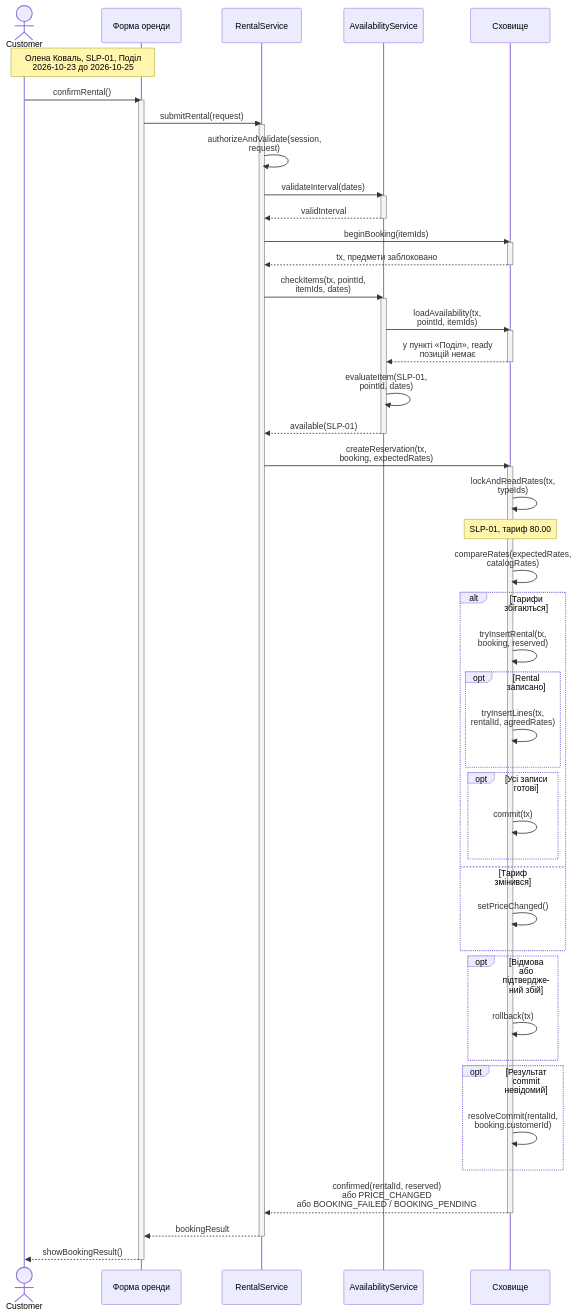
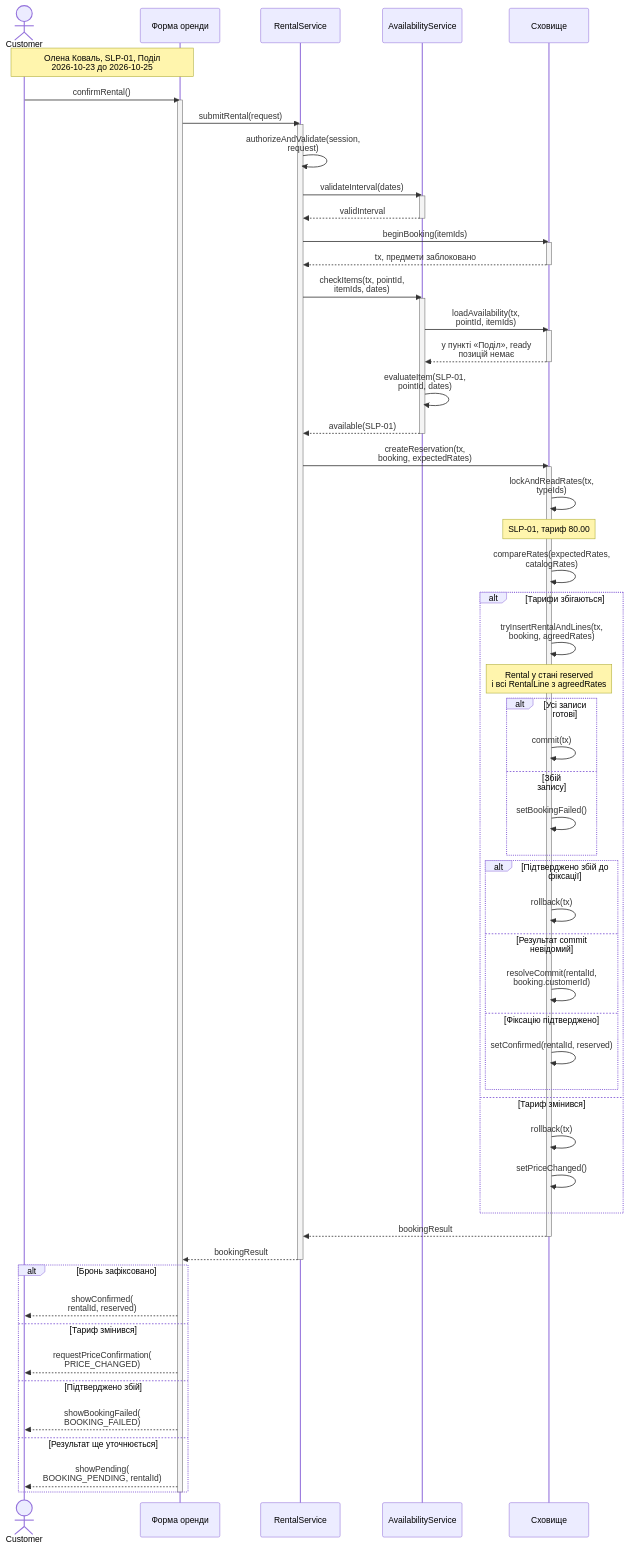
Before and after one commit to kirgafan/KPI_labs: the first of 6 diagrams in Labs/lab-3/model.md, drawn with Mermaid. The commit also changed other lines of this file and 3 other files, not shown here.

First line of the commit message:
refactor(lab-3): show booking outcomes with explicit alternatives

````diff
--- a/Labs/lab-3/model.md
+++ b/Labs/lab-3/model.md
@@ -19,59 +21,69 @@
 ```mermaid
 sequenceDiagram
     actor C as Customer
     participant U as Форма оренди
     participant R as RentalService
     participant A as AvailabilityService
     participant S as Сховище
     Note over C,U: Олена Коваль, SLP-01, Поділ<br/>2026-10-23 до 2026-10-25
     C->>U: confirmRental()
     activate U
     U->>R: submitRental(request)
     activate R
     R->>R: authorizeAndValidate(session,<br/>request)
     R->>A: validateInterval(dates)
     activate A
     A-->>R: validInterval
     deactivate A
     R->>S: beginBooking(itemIds)
     activate S
     S-->>R: tx, предмети заблоковано
     deactivate S
     R->>A: checkItems(tx, pointId,<br/>itemIds, dates)
     activate A
     A->>S: loadAvailability(tx,<br/>pointId, itemIds)
     activate S
     S-->>A: у пункті «Поділ», ready<br/>позицій немає
     deactivate S
     A->>A: evaluateItem(SLP-01,<br/>pointId, dates)
     A-->>R: available(SLP-01)
     deactivate A
     R->>S: createReservation(tx,<br/>booking, expectedRates)
     activate S
     S->>S: lockAndReadRates(tx,<br/>typeIds)
     Note over S: SLP-01, тариф 80.00
     S->>S: compareRates(expectedRates,<br/>catalogRates)
     alt Тарифи збігаються
-        S->>S: tryInsertRental(tx,<br/>booking, reserved)
-        opt Rental записано
-            S->>S: tryInsertLines(tx,<br/>rentalId, agreedRates)
+        S->>S: tryInsertRentalAndLines(tx,<br/>booking, agreedRates)
+        Note over S: Rental у стані reserved<br/>і всі RentalLine з agreedRates
+        alt Усі записи готові
+            S->>S: commit(tx)
+        else Збій запису
+            S->>S: setBookingFailed()
         end
-        opt Усі записи готові
-            S->>S: commit(tx)
+        alt Підтверджено збій до фіксації
+            S->>S: rollback(tx)
+        else Результат commit невідомий
+            S->>S: resolveCommit(rentalId,<br/>booking.customerId)
+        else Фіксацію підтверджено
+            S->>S: setConfirmed(rentalId, reserved)
         end
     else Тариф змінився
+        S->>S: rollback(tx)
         S->>S: setPriceChanged()
     end
-    opt Відмова або підтверджений збій
-        S->>S: rollback(tx)
-    end
-    opt Результат commit невідомий
-        S->>S: resolveCommit(rentalId,<br/>booking.customerId)
-    end
-    S-->>R: confirmed(rentalId, reserved)<br/>або PRICE_CHANGED<br/>або BOOKING_FAILED / BOOKING_PENDING
+    S-->>R: bookingResult
     deactivate S
     R-->>U: bookingResult
     deactivate R
-    U-->>C: showBookingResult()
+    alt Бронь зафіксовано
+        U-->>C: showConfirmed(<br/>rentalId, reserved)
+    else Тариф змінився
+        U-->>C: requestPriceConfirmation(<br/>PRICE_CHANGED)
+    else Підтверджено збій
+        U-->>C: showBookingFailed(<br/>BOOKING_FAILED)
+    else Результат ще уточнюється
+        U-->>C: showPending(<br/>BOOKING_PENDING, rentalId)
+    end
     deactivate U
 ```
````
